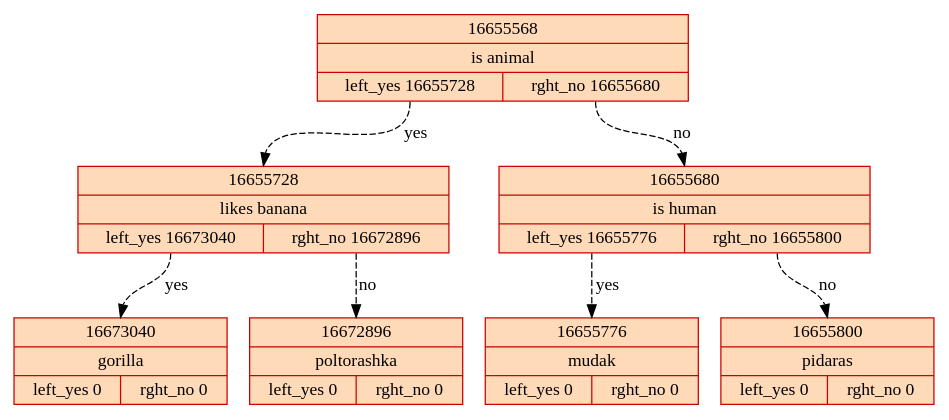
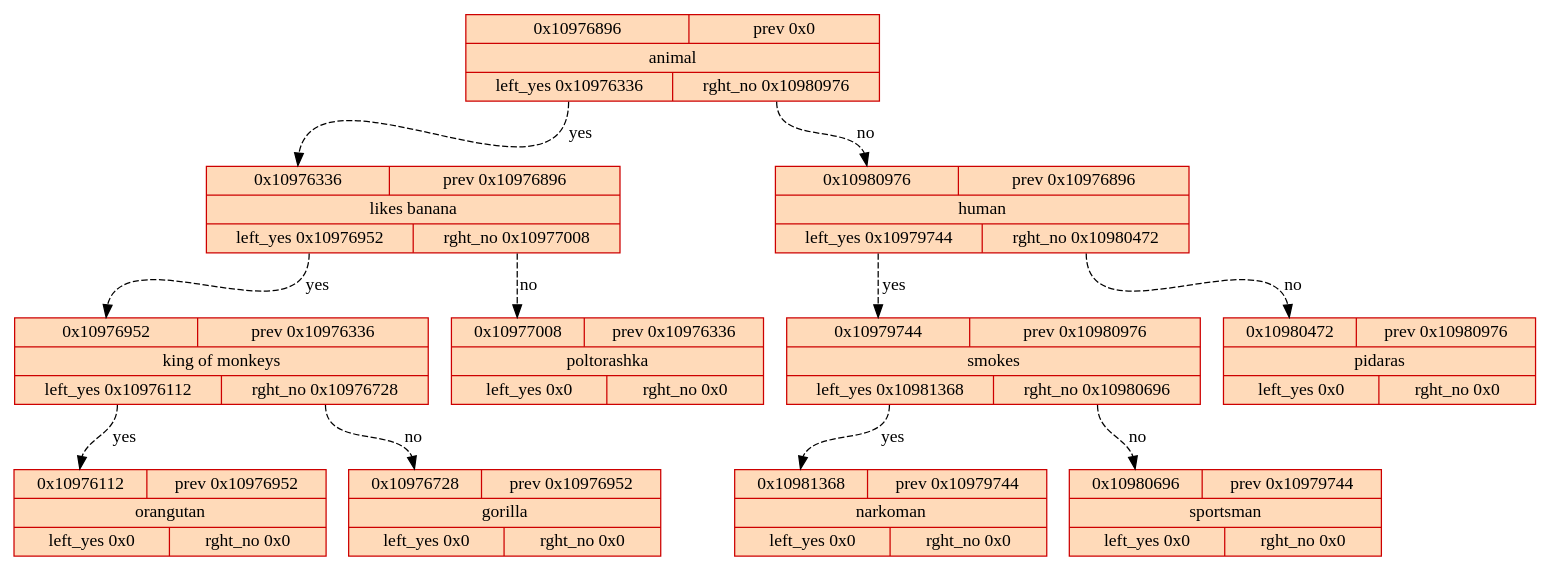
One commit to Art8mish/Akinator changed the diagram in tree_graph.gv. Above: the diagram before and after it, drawn with Graphviz. The commit also changed 31 other files, not shown here.

```diff
--- a/tree_graph.gv
+++ b/tree_graph.gv
@@ -1,17 +1,25 @@
 digraph tree{
 	rankdir=TB;
 spline = ortho;
-	16655568[style="filled",fillcolor="peachpuff"shape=record,color=red3,label="{<f0> 16655568|is animal|{<f2>left_yes 16655728 | <f1>rght_no 16655680}}"]
-	16655568:<f2>:s->16655728:n[weight = 1, constraint=true, style="dashed", label="yes"]
-	16655568:<f1>:s->16655680:n[weight = 1, constraint=true, style="dashed", label="no"]
-	16655680[style="filled",fillcolor="peachpuff"shape=record,color=red3,label="{<f0> 16655680|is human|{<f2>left_yes 16655776 | <f1>rght_no 16655800}}"]
-	16655680:<f2>:s->16655776:n[weight = 1, constraint=true, style="dashed", label="yes"]
-	16655680:<f1>:s->16655800:n[weight = 1, constraint=true, style="dashed", label="no"]
-	16655800[style="filled",fillcolor="peachpuff"shape=record,color=red3,label="{<f0> 16655800|pidaras|{<f2>left_yes 0 | <f1>rght_no 0}}"]
-	16655776[style="filled",fillcolor="peachpuff"shape=record,color=red3,label="{<f0> 16655776|mudak|{<f2>left_yes 0 | <f1>rght_no 0}}"]
-	16655728[style="filled",fillcolor="peachpuff"shape=record,color=red3,label="{<f0> 16655728|likes banana|{<f2>left_yes 16673040 | <f1>rght_no 16672896}}"]
-	16655728:<f2>:s->16673040:n[weight = 1, constraint=true, style="dashed", label="yes"]
-	16655728:<f1>:s->16672896:n[weight = 1, constraint=true, style="dashed", label="no"]
-	16672896[style="filled",fillcolor="peachpuff"shape=record,color=red3,label="{<f0> 16672896|poltorashka|{<f2>left_yes 0 | <f1>rght_no 0}}"]
-	16673040[style="filled",fillcolor="peachpuff"shape=record,color=red3,label="{<f0> 16673040|gorilla|{<f2>left_yes 0 | <f1>rght_no 0}}"]
+	10976896[style="filled",fillcolor="peachpuff"shape=record,color=red3,label="{{<f0> 0x10976896 |<f3>prev 0x0}|animal|{<f2>left_yes 0x10976336 | <f1>rght_no 0x10980976}}"]
+	10976896:<f2>:s->10976336:<f0>:n[weight = 1, constraint=true, style="dashed", label="yes"]
+	10976896:<f1>:s->10980976:<f0>:n[weight = 1, constraint=true, style="dashed", label="no"]
+	10980976[style="filled",fillcolor="peachpuff"shape=record,color=red3,label="{{<f0> 0x10980976 |<f3>prev 0x10976896}|human|{<f2>left_yes 0x10979744 | <f1>rght_no 0x10980472}}"]
+	10980976:<f2>:s->10979744:<f0>:n[weight = 1, constraint=true, style="dashed", label="yes"]
+	10980976:<f1>:s->10980472:<f0>:n[weight = 1, constraint=true, style="dashed", label="no"]
+	10980472[style="filled",fillcolor="peachpuff"shape=record,color=red3,label="{{<f0> 0x10980472 |<f3>prev 0x10980976}|pidaras|{<f2>left_yes 0x0 | <f1>rght_no 0x0}}"]
+	10979744[style="filled",fillcolor="peachpuff"shape=record,color=red3,label="{{<f0> 0x10979744 |<f3>prev 0x10980976}|smokes|{<f2>left_yes 0x10981368 | <f1>rght_no 0x10980696}}"]
+	10979744:<f2>:s->10981368:<f0>:n[weight = 1, constraint=true, style="dashed", label="yes"]
+	10979744:<f1>:s->10980696:<f0>:n[weight = 1, constraint=true, style="dashed", label="no"]
+	10980696[style="filled",fillcolor="peachpuff"shape=record,color=red3,label="{{<f0> 0x10980696 |<f3>prev 0x10979744}|sportsman|{<f2>left_yes 0x0 | <f1>rght_no 0x0}}"]
+	10981368[style="filled",fillcolor="peachpuff"shape=record,color=red3,label="{{<f0> 0x10981368 |<f3>prev 0x10979744}|narkoman|{<f2>left_yes 0x0 | <f1>rght_no 0x0}}"]
+	10976336[style="filled",fillcolor="peachpuff"shape=record,color=red3,label="{{<f0> 0x10976336 |<f3>prev 0x10976896}|likes banana|{<f2>left_yes 0x10976952 | <f1>rght_no 0x10977008}}"]
+	10976336:<f2>:s->10976952:<f0>:n[weight = 1, constraint=true, style="dashed", label="yes"]
+	10976336:<f1>:s->10977008:<f0>:n[weight = 1, constraint=true, style="dashed", label="no"]
+	10977008[style="filled",fillcolor="peachpuff"shape=record,color=red3,label="{{<f0> 0x10977008 |<f3>prev 0x10976336}|poltorashka|{<f2>left_yes 0x0 | <f1>rght_no 0x0}}"]
+	10976952[style="filled",fillcolor="peachpuff"shape=record,color=red3,label="{{<f0> 0x10976952 |<f3>prev 0x10976336}|king of monkeys|{<f2>left_yes 0x10976112 | <f1>rght_no 0x10976728}}"]
+	10976952:<f2>:s->10976112:<f0>:n[weight = 1, constraint=true, style="dashed", label="yes"]
+	10976952:<f1>:s->10976728:<f0>:n[weight = 1, constraint=true, style="dashed", label="no"]
+	10976728[style="filled",fillcolor="peachpuff"shape=record,color=red3,label="{{<f0> 0x10976728 |<f3>prev 0x10976952}|gorilla|{<f2>left_yes 0x0 | <f1>rght_no 0x0}}"]
+	10976112[style="filled",fillcolor="peachpuff"shape=record,color=red3,label="{{<f0> 0x10976112 |<f3>prev 0x10976952}|orangutan|{<f2>left_yes 0x0 | <f1>rght_no 0x0}}"]
 }
```
